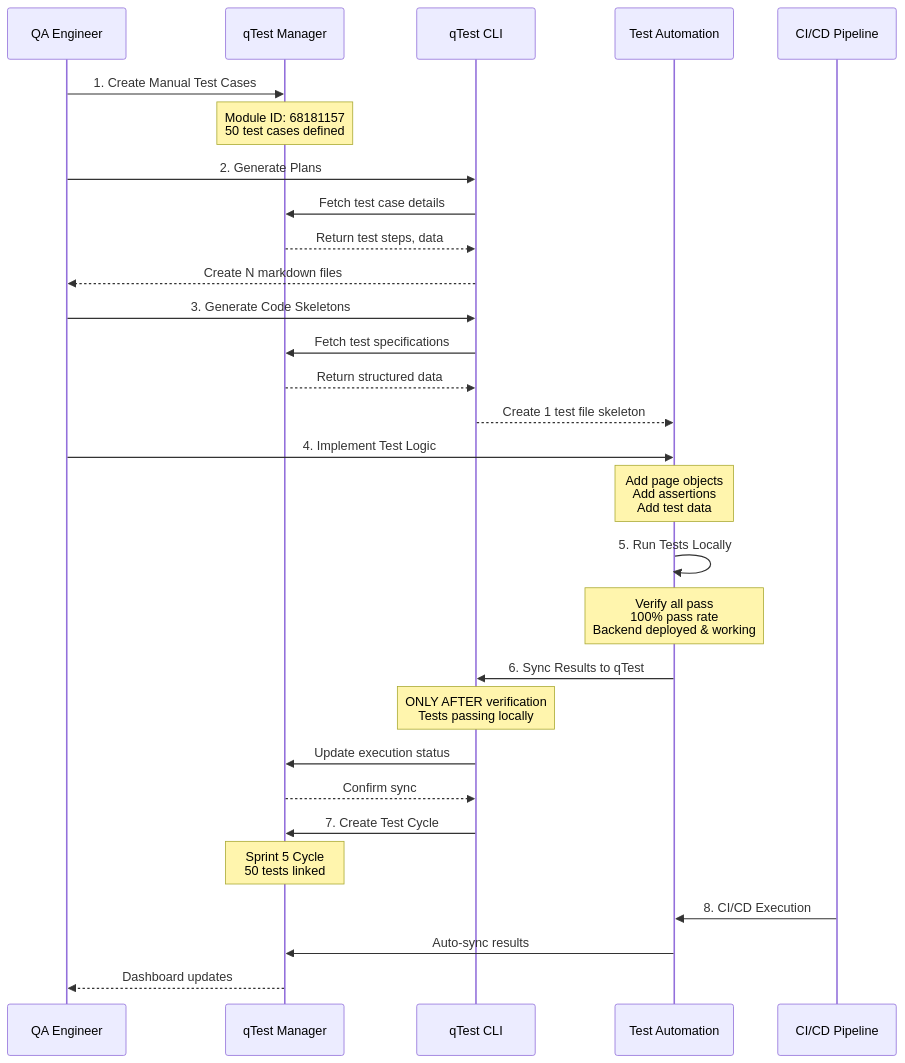
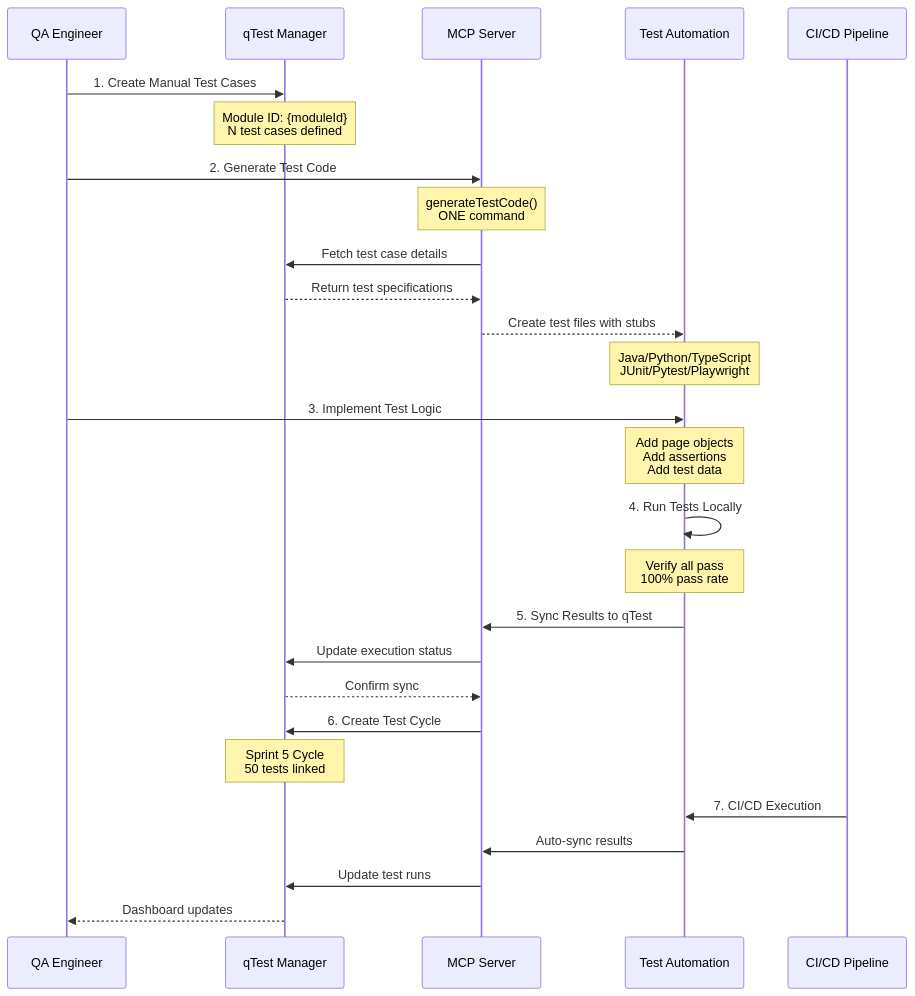
Before and after one commit to ConduitMobileRND/AI-CoPilot: the fourth of 5 diagrams in .github/prompts/ai-stlc/AI-STLC-Triple-Workflow-Strategy.md, drawn with Mermaid. The commit also changed other lines of this file and 9 other files, not shown here.

````diff
--- a/.github/prompts/ai-stlc/AI-STLC-Triple-Workflow-Strategy.md
+++ b/.github/prompts/ai-stlc/AI-STLC-Triple-Workflow-Strategy.md
@@ -356,39 +420,36 @@
 ```mermaid
 sequenceDiagram
     participant QA as QA Engineer
     participant qTest as qTest Manager
-    participant CLI as qTest CLI
+    participant MCP as MCP Server
     participant Code as Test Automation
     participant CI as CI/CD Pipeline
 
     QA->>qTest: 1. Create Manual Test Cases
-    Note over qTest: Module ID: 68181157<br/>50 test cases defined
+    Note over qTest: Module ID: {moduleId}<br/>N test cases defined
 
-    QA->>CLI: 2. Generate Plans
-    CLI->>qTest: Fetch test case details
-    qTest-->>CLI: Return test steps, data
-    CLI-->>QA: Create N markdown files
+    QA->>MCP: 2. Generate Test Code
+    Note over MCP: generateTestCode()<br/>ONE command
+    MCP->>qTest: Fetch test case details
+    qTest-->>MCP: Return test specifications
+    MCP-->>Code: Create test files with stubs
+    Note over Code: Java/Python/TypeScript<br/>JUnit/Pytest/Playwright
 
-    QA->>CLI: 3. Generate Code Skeletons
-    CLI->>qTest: Fetch test specifications
-    qTest-->>CLI: Return structured data
-    CLI-->>Code: Create 1 test file skeleton
-
-    QA->>Code: 4. Implement Test Logic
+    QA->>Code: 3. Implement Test Logic
     Note over Code: Add page objects<br/>Add assertions<br/>Add test data
 
-    Code->>Code: 5. Run Tests Locally
-    Note over Code: Verify all pass<br/>100% pass rate<br/>Backend deployed & working
+    Code->>Code: 4. Run Tests Locally
+    Note over Code: Verify all pass<br/>100% pass rate
 
-    Code->>CLI: 6. Sync Results to qTest
-    Note over CLI: ONLY AFTER verification<br/>Tests passing locally
-    CLI->>qTest: Update execution status
-    qTest-->>CLI: Confirm sync
+    Code->>MCP: 5. Sync Results to qTest
+    MCP->>qTest: Update execution status
+    qTest-->>MCP: Confirm sync
 
-    CLI->>qTest: 7. Create Test Cycle
+    MCP->>qTest: 6. Create Test Cycle
     Note over qTest: Sprint 5 Cycle<br/>50 tests linked
 
-    CI->>Code: 8. CI/CD Execution
-    Code->>qTest: Auto-sync results
+    CI->>Code: 7. CI/CD Execution
+    Code->>MCP: Auto-sync results
+    MCP->>qTest: Update test runs
     qTest-->>QA: Dashboard updates
 ```
````
